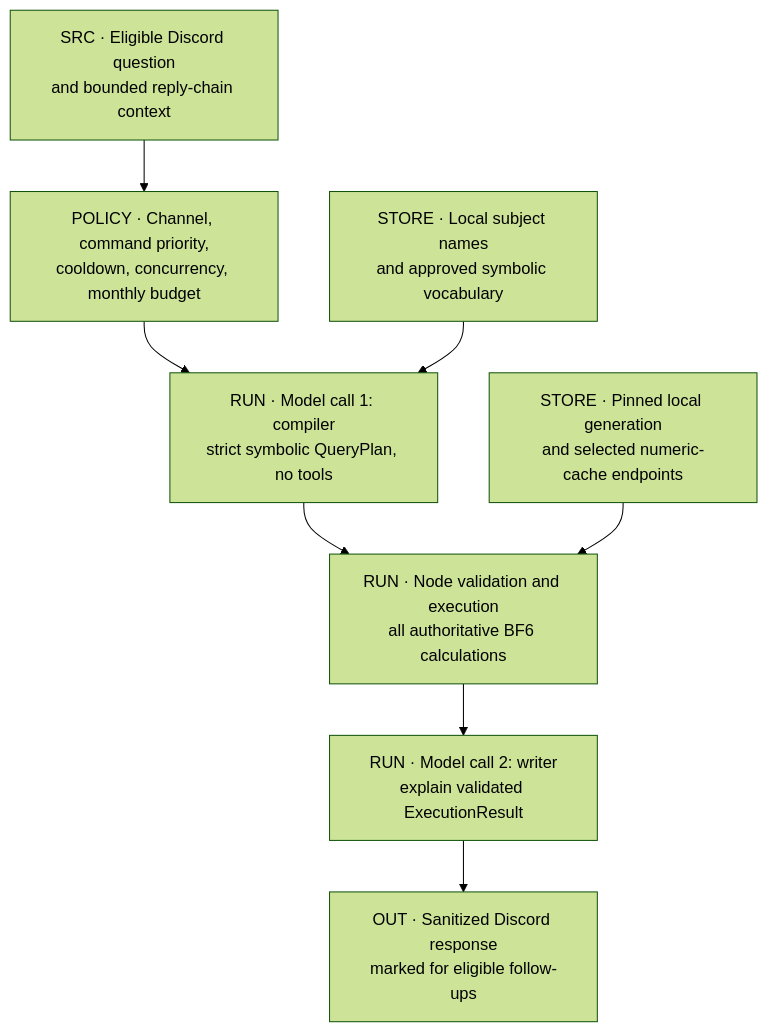
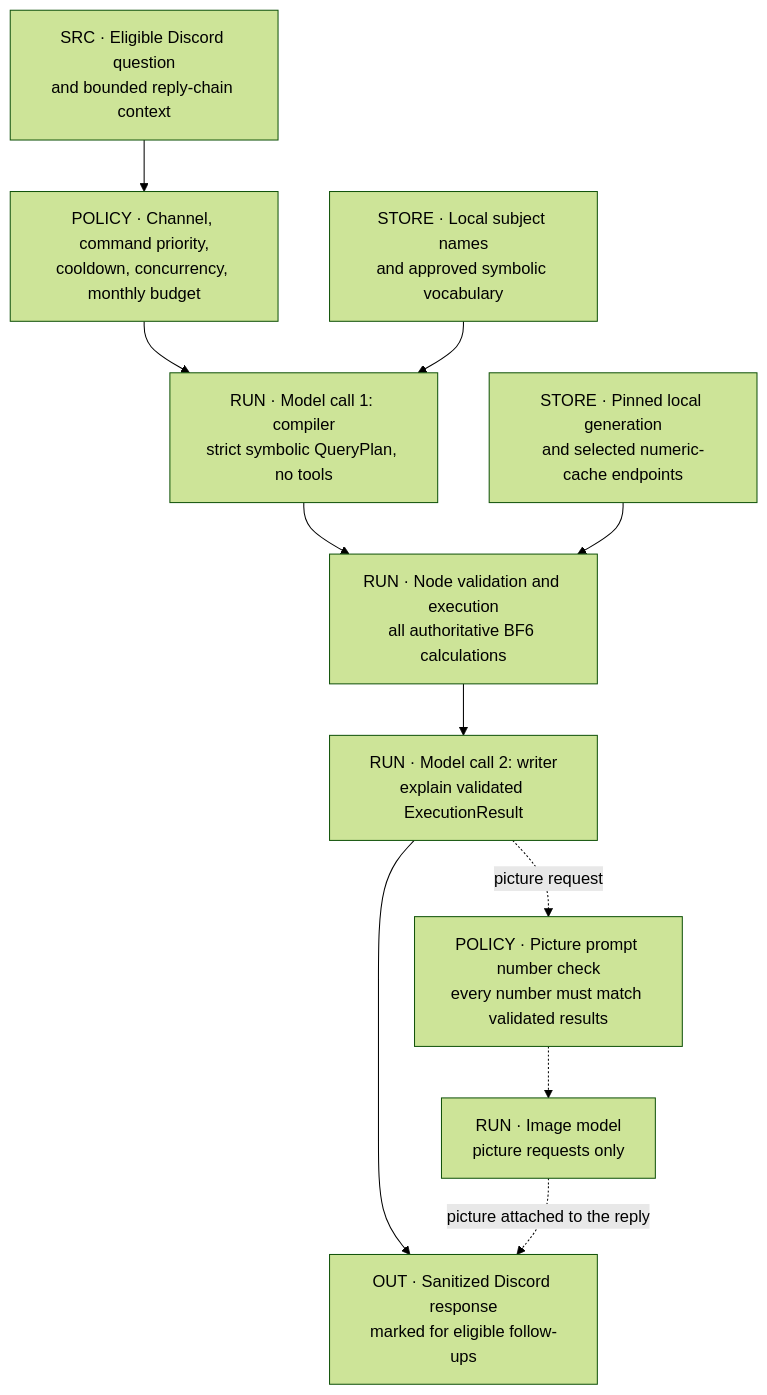
The first of 4 diagrams in atlas/AI.md (raymdl/kdm-bf6-rankings), drawn with Mermaid (forest theme) before and after one commit. The commit also changed other lines of this file and 10 other files, not shown here.

````diff
--- a/atlas/AI.md
+++ b/atlas/AI.md
@@ -7,18 +7,23 @@
 ```mermaid
 flowchart TB
   MSG["SRC · Eligible Discord question<br/>and bounded reply-chain context"]
   GATE["POLICY · Channel, command priority,<br/>cooldown, concurrency, monthly budget"]
   CAT["STORE · Local subject names<br/>and approved symbolic vocabulary"]
   COMP["RUN · Model call 1: compiler<br/>strict symbolic QueryPlan, no tools"]
   EXEC["RUN · Node validation and execution<br/>all authoritative BF6 calculations"]
   DATA["STORE · Pinned local generation<br/>and selected numeric-cache endpoints"]
   WRITE["RUN · Model call 2: writer<br/>explain validated ExecutionResult"]
+  NUMS["POLICY · Picture prompt number check<br/>every number must match validated results"]
+  IMG["RUN · Image model<br/>picture requests only"]
   OUT["OUT · Sanitized Discord response<br/>marked for eligible follow-ups"]
   MSG --> GATE
   GATE --> COMP
   CAT --> COMP
   COMP --> EXEC
   DATA --> EXEC
   EXEC --> WRITE
   WRITE --> OUT
+  WRITE -.->|"picture request"| NUMS
+  NUMS -.-> IMG
+  IMG -.->|"picture attached to the reply"| OUT
 ```
````
